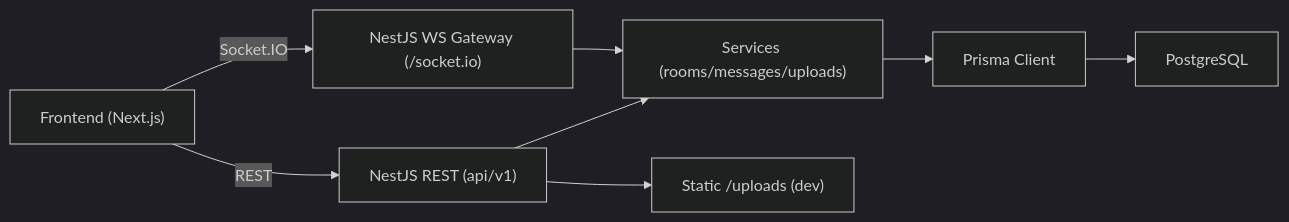
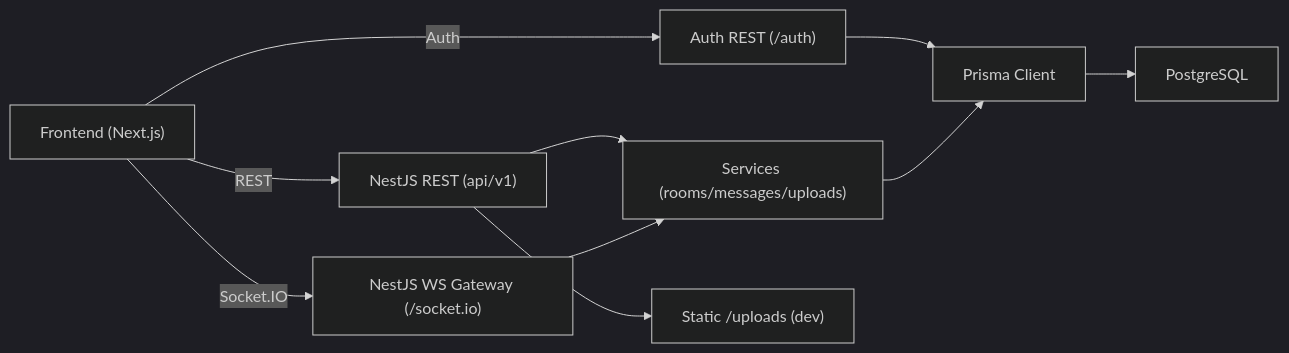
One commit to mikias1219/backend-chat changed the first of 5 diagrams in README.md. Above: the diagram before and after it, drawn with Mermaid (dark theme). The commit also changed other lines of this file and 51 other files, not shown here.

````diff
--- a/README.md
+++ b/README.md
@@ -15,10 +17,12 @@
 ```mermaid
 flowchart LR
   FE["Frontend (Next.js)"] -->|REST| API["NestJS REST (api/v1)"]
   FE -->|Socket.IO| WS["NestJS WS Gateway (/socket.io)"]
+  FE -->|Auth| AUTH["Auth REST (/auth)"]
   API --> SVC["Services (rooms/messages/uploads)"]
   WS --> SVC
+  AUTH --> PRISMA
   SVC --> PRISMA["Prisma Client"]
   PRISMA --> PG["PostgreSQL"]
   API --> UP["Static /uploads (dev)"]
 ```
````
